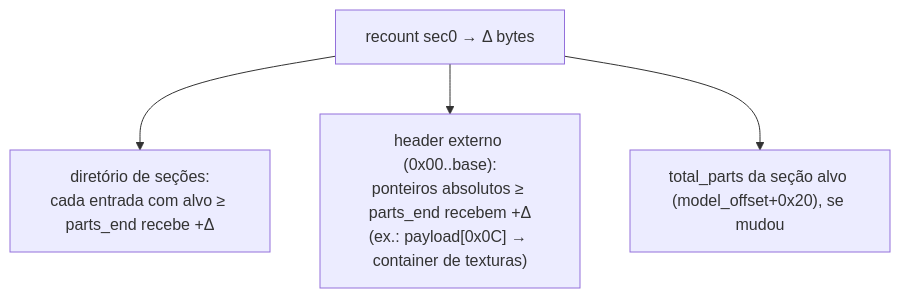
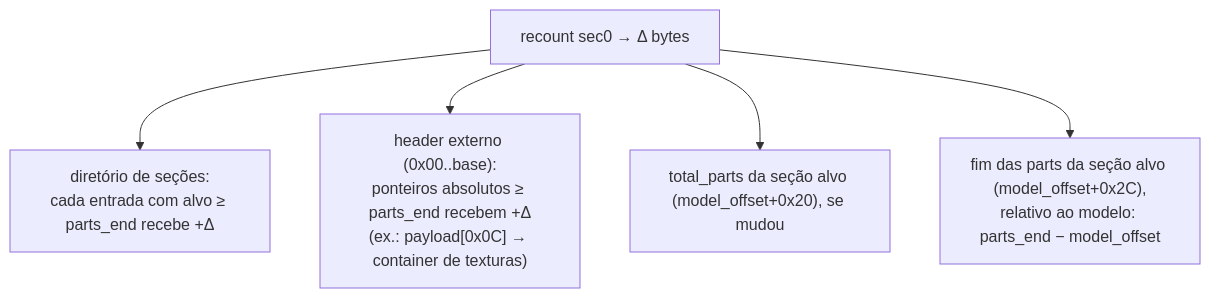
One commit to FVitor7/wepes3d changed the third of 3 diagrams in docs/08-trofeus.md. Above: the diagram before and after it, drawn with Mermaid. The commit also changed other lines of this file and 18 other files, not shown here.

First line of the commit message:
Fix the parts end in the model header, .obj UVs and zero-diff roundtrip

````diff
--- a/docs/08-trofeus.md
+++ b/docs/08-trofeus.md
@@ -94,6 +94,7 @@
 ```mermaid
 flowchart TB
     R["recount sec0 → Δ bytes"] --> D1["diretório de seções:<br/>cada entrada com alvo ≥ parts_end recebe +Δ"]
     R --> D2["header externo (0x00..base):<br/>ponteiros absolutos ≥ parts_end recebem +Δ<br/>(ex.: payload[0x0C] → container de texturas)"]
     R --> D3["total_parts da seção alvo (model_offset+0x20), se mudou"]
+    R --> D4["fim das parts da seção alvo (model_offset+0x2C),<br/>relativo ao modelo: parts_end − model_offset"]
 ```
````
